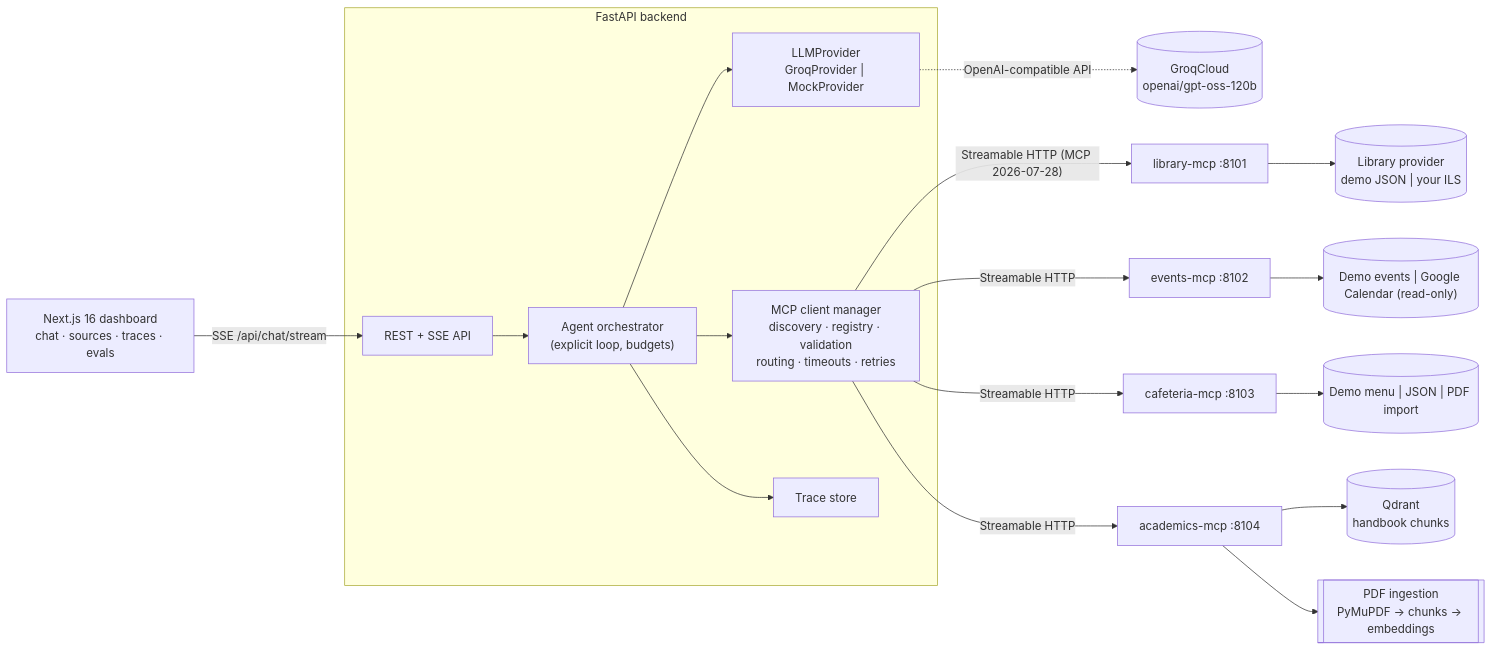
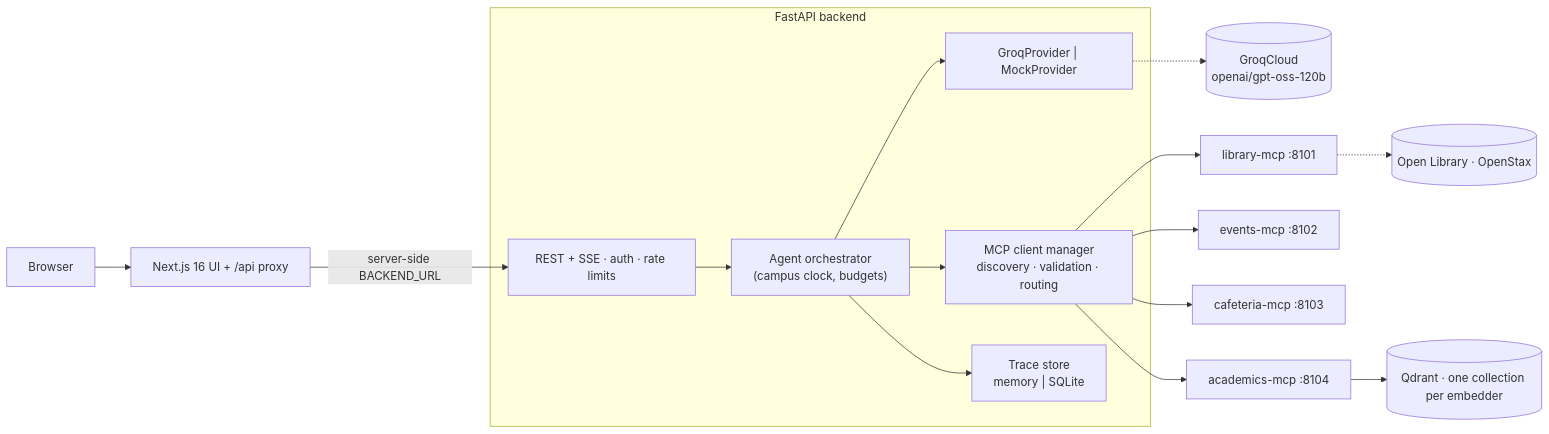
One commit to ARPIT-27-PANDEY/CampusOrchestrator changed the diagram in README.md. Above: the diagram before and after it, drawn with Mermaid. The commit also changed other lines of this file and 175 other files, not shown here.

````diff
--- a/README.md
+++ b/README.md
@@ -25,20 +44,18 @@
 ```mermaid
 flowchart LR
-  UI["Next.js 16 dashboard<br/>chat · sources · traces · evals"] -- "SSE /api/chat/stream" --> API
+  B["Browser"] --> W["Next.js 16 UI + /api proxy"]
+  W -- "server-side BACKEND_URL" --> API
   subgraph Backend["FastAPI backend"]
-    API["REST + SSE API"] --> ORCH["Agent orchestrator<br/>(explicit loop, budgets)"]
-    ORCH --> LLM["LLMProvider<br/>GroqProvider | MockProvider"]
-    ORCH --> MGR["MCP client manager<br/>discovery · registry · validation<br/>routing · timeouts · retries"]
-    ORCH --> TR["Trace store"]
+    API["REST + SSE · auth · rate limits"] --> ORCH["Agent orchestrator<br/>(campus clock, budgets)"]
+    ORCH --> LLM["GroqProvider | MockProvider"]
+    ORCH --> MGR["MCP client manager<br/>discovery · validation · routing"]
+    ORCH --> TR["Trace store<br/>memory | SQLite"]
   end
-  LLM -. "OpenAI-compatible API" .-> GROQ[("GroqCloud<br/>openai/gpt-oss-120b")]
-  MGR -- "Streamable HTTP (MCP 2026-07-28)" --> L["library-mcp :8101"]
-  MGR -- "Streamable HTTP" --> E["events-mcp :8102"]
-  MGR -- "Streamable HTTP" --> C["cafeteria-mcp :8103"]
-  MGR -- "Streamable HTTP" --> A["academics-mcp :8104"]
-  L --> LD[("Library provider<br/>demo JSON | your ILS")]
-  E --> ED[("Demo events | Google Calendar (read-only)")]
-  C --> CD[("Demo menu | JSON | PDF import")]
-  A --> Q[("Qdrant<br/>handbook chunks")]
-  A --> P[["PDF ingestion<br/>PyMuPDF → chunks → embeddings"]]
+  LLM -.-> GROQ[("GroqCloud<br/>openai/gpt-oss-120b")]
+  MGR --> L["library-mcp :8101"]
+  MGR --> E["events-mcp :8102"]
+  MGR --> C["cafeteria-mcp :8103"]
+  MGR --> A["academics-mcp :8104"]
+  L -.-> OL[("Open Library · OpenStax")]
+  A --> Q[("Qdrant · one collection per embedder")]
 ```
````
